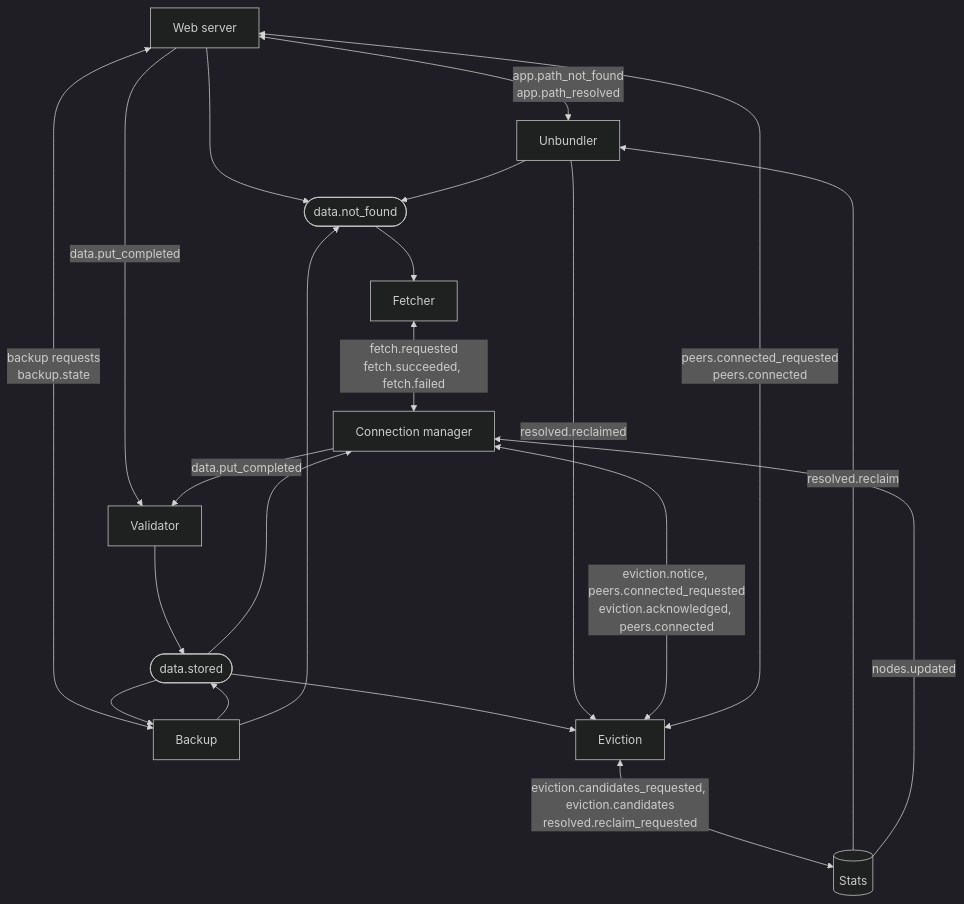
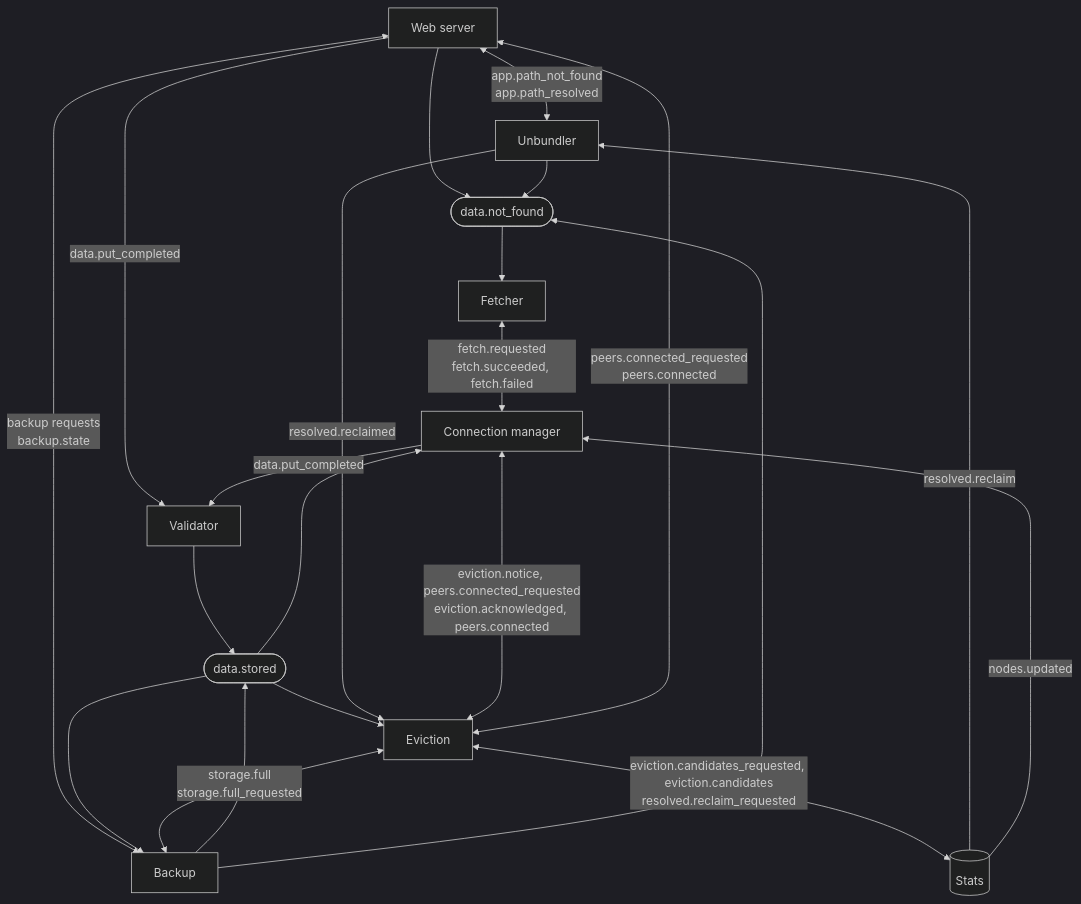
The eighth of 13 diagrams in docs/implementation/Module System.md (marcpage/libranet), drawn with Mermaid (dark theme) before and after one commit. The commit also changed other lines of this file and 16 other files, not shown here.

````diff
--- a/docs/implementation/Module System.md
+++ b/docs/implementation/Module System.md
@@ -908,34 +920,35 @@
 ```mermaid
 flowchart TB
     web["Web server"]
     unb["Unbundler"]
     backup["Backup"]
     val["Validator"]
     fetch["Fetcher"]
     conn["Connection manager"]
     evict["Eviction"]
     stats[("Stats")]
     stored(["data.stored"])
     missing(["data.not_found"])
 
     web <-->|"app.path_not_found<br/>app.path_resolved"| unb
     web <-->|"backup requests<br/>backup.state"| backup
     web -->|"data.put_completed"| val
     conn -->|"data.put_completed"| val
     val --> stored
     backup --> stored
     stored --> conn
     stored --> evict
     stored --> backup
     web --> missing
     unb --> missing
     backup --> missing
     missing --> fetch
     fetch <-->|"fetch.requested<br/>fetch.succeeded, fetch.failed"| conn
     evict <-->|"eviction.notice, peers.connected_requested<br/>eviction.acknowledged, peers.connected"| conn
     evict <-->|"peers.connected_requested<br/>peers.connected"| web
+    evict <-->|"storage.full<br/>storage.full_requested"| backup
     evict <-->|"eviction.candidates_requested, eviction.candidates<br/>resolved.reclaim_requested"| stats
     stats -->|"resolved.reclaim"| unb
     unb -->|"resolved.reclaimed"| evict
     stats -->|"nodes.updated"| conn
 ```
````
